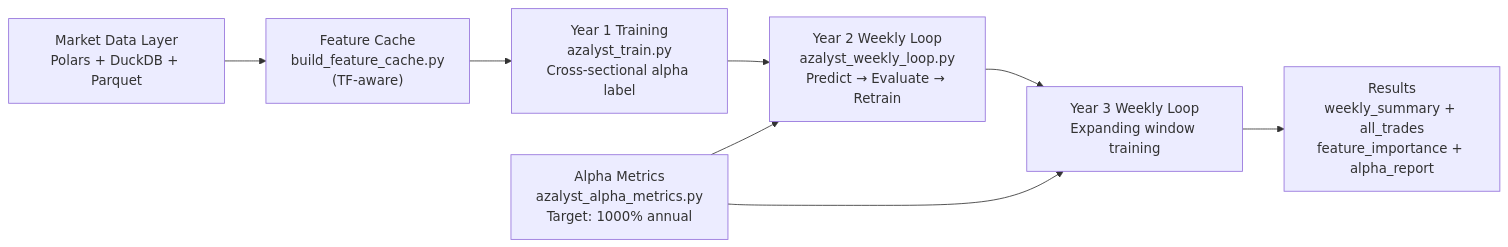
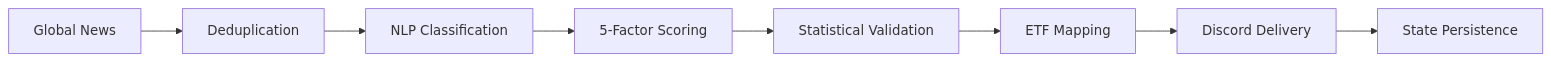
The diagram in README.md (gitdhirajsv/Azalyst-ETF-Intelligence), drawn with Mermaid before and after one commit. The commit also changed other lines of this file, not shown here.

````diff
--- a/README.md
+++ b/README.md
@@ -76,10 +82,10 @@
 ```mermaid
 flowchart LR
-    A["Market Data Layer\nPolars + DuckDB + Parquet"] --> B["Feature Cache\nbuild_feature_cache.py\n(TF-aware)"]
-    B --> C["Year 1 Training\nazalyst_train.py\nCross-sectional alpha label"]
-    C --> D["Year 2 Weekly Loop\nazalyst_weekly_loop.py\nPredict → Evaluate → Retrain"]
-    D --> E["Year 3 Weekly Loop\nExpanding window training"]
-    E --> F["Results\nweekly_summary + all_trades\nfeature_importance + alpha_report"]
-    G["Alpha Metrics\nazalyst_alpha_metrics.py\nTarget: 1000% annual"] --> D
-    G --> E
+    A["Global News"] --> B["Deduplication"]
+    B --> C["NLP Classification"]
+    C --> D["5-Factor Scoring"]
+    D --> E["Statistical Validation"]
+    E --> F["ETF Mapping"]
+    F --> G["Discord Delivery"]
+    G --> H["State Persistence"]
 ```
````
